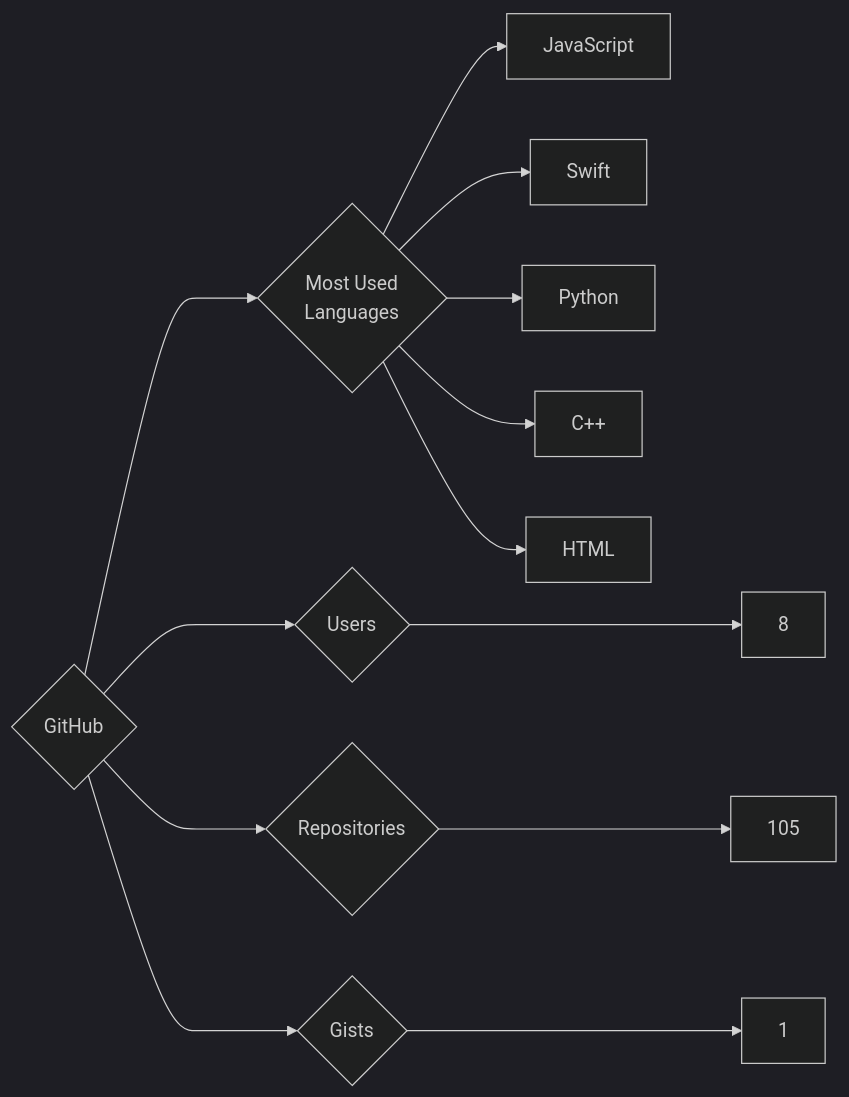
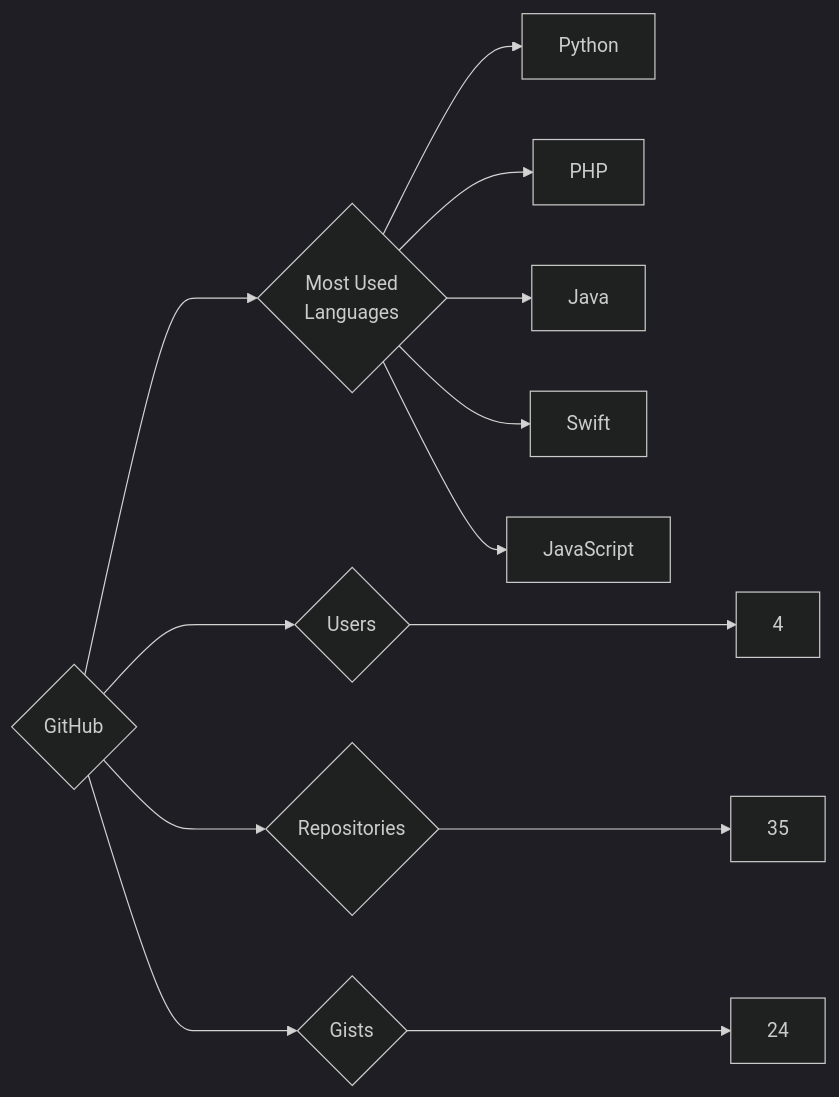
One commit to trickest/insiders changed the diagram in targets/GitHub/README.md. Above: the diagram before and after it, drawn with Mermaid (dark theme). The commit also changed 933 other files, not shown here.

````diff
--- a/targets/GitHub/README.md
+++ b/targets/GitHub/README.md
@@ -3,13 +3,13 @@
 ```mermaid
 graph LR
 COMPANY_NAME{GitHub}
-COMPANY_NAME ---> U{Users} ---> UN[8]
-COMPANY_NAME ---> R{Repositories} ---> RN[105]
-COMPANY_NAME ---> G{Gists} ---> GN[1]
+COMPANY_NAME ---> U{Users} ---> UN[4]
+COMPANY_NAME ---> R{Repositories} ---> RN[35]
+COMPANY_NAME ---> G{Gists} ---> GN[24]
 COMPANY_NAME ---> ML{Most Used<br>Languages}
+ML --> Python[Python]
+ML --> PHP[PHP]
+ML --> Java[Java]
+ML --> Swift[Swift]
 ML --> JavaScript[JavaScript]
-ML --> Swift[Swift]
-ML --> Python[Python]
-ML --> C++[C++]
-ML --> HTML[HTML]
 ```
````
